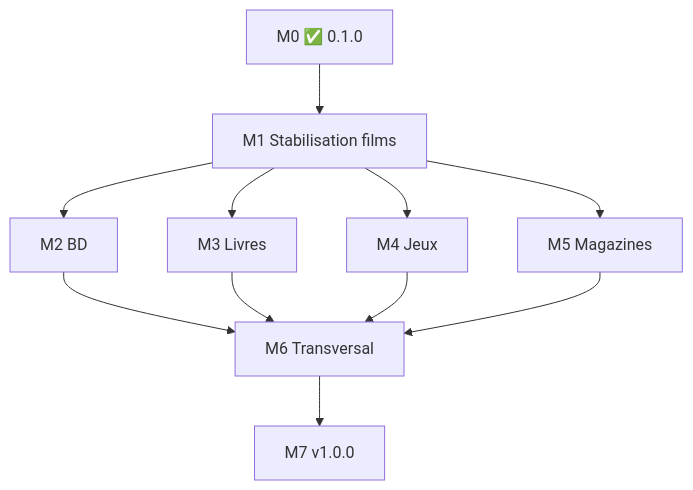
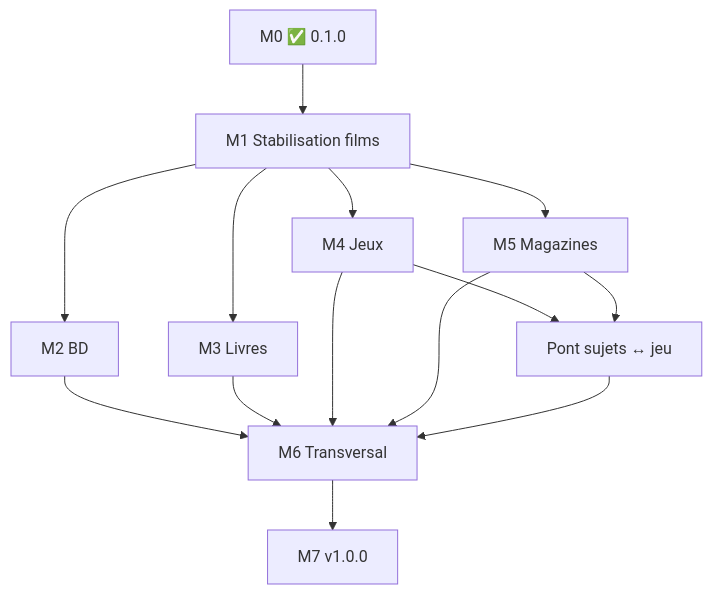
Before and after one commit to daryl40000/mediatheque: the diagram in ROADMAP.md, drawn with Mermaid. The commit also changed other lines of this file and 21 other files, not shown here.

````diff
--- a/ROADMAP.md
+++ b/ROADMAP.md
@@ -258,13 +323,16 @@
 ```mermaid
 flowchart TB
   M0[M0 ✅ 0.1.0] --> M1[M1 Stabilisation films]
   M1 --> M2[M2 BD]
   M1 --> M3[M3 Livres]
   M1 --> M4[M4 Jeux]
   M1 --> M5[M5 Magazines]
   M2 --> M6[M6 Transversal]
   M3 --> M6
   M4 --> M6
   M5 --> M6
+  M4 --> XPont[Pont sujets ↔ jeu]
+  M5 --> XPont
+  XPont --> M6
   M6 --> M7[M7 v1.0.0]
 ```
````
